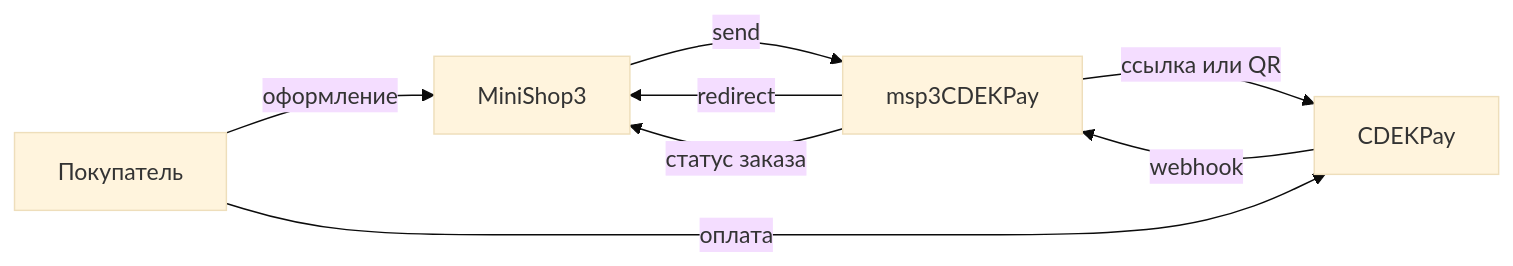
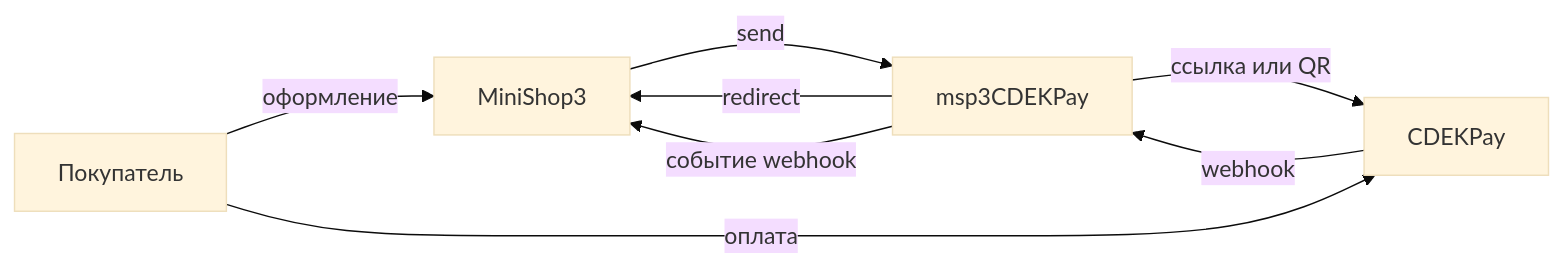
The diagram in docs/components/msp3cdekpay/index.md (modx-pro/Docs), drawn with Mermaid (base theme) before and after one commit. The commit also changed other lines of this file and 40 other files, not shown here.

````diff
--- a/docs/components/msp3cdekpay/index.md
+++ b/docs/components/msp3cdekpay/index.md
@@ -94,14 +95,14 @@
 ```mermaid
 flowchart LR
   Buyer[Покупатель]
   MS3[MiniShop3]
   Pkg[msp3CDEKPay]
   Bank[CDEKPay]
   Buyer -->|оформление| MS3
   MS3 -->|send| Pkg
   Pkg -->|ссылка или QR| Bank
   Pkg -->|redirect| MS3
   Buyer -->|оплата| Bank
   Bank -->|webhook| Pkg
-  Pkg -->|статус заказа| MS3
+  Pkg -->|событие webhook| MS3
 ```
````
